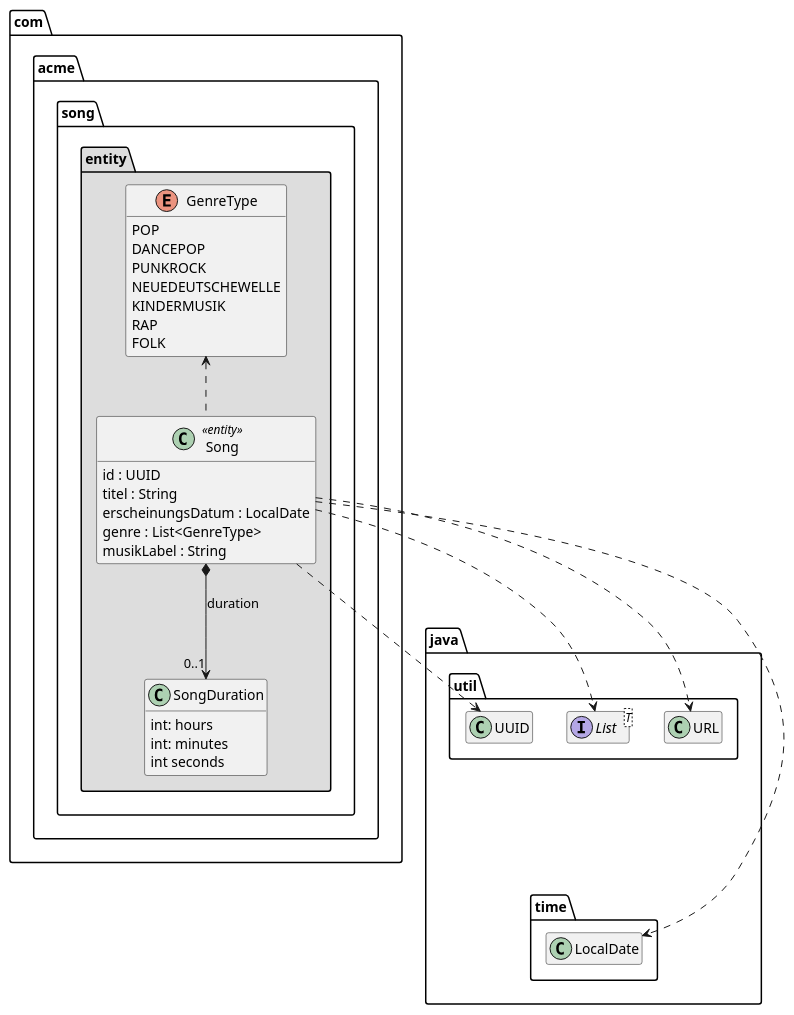
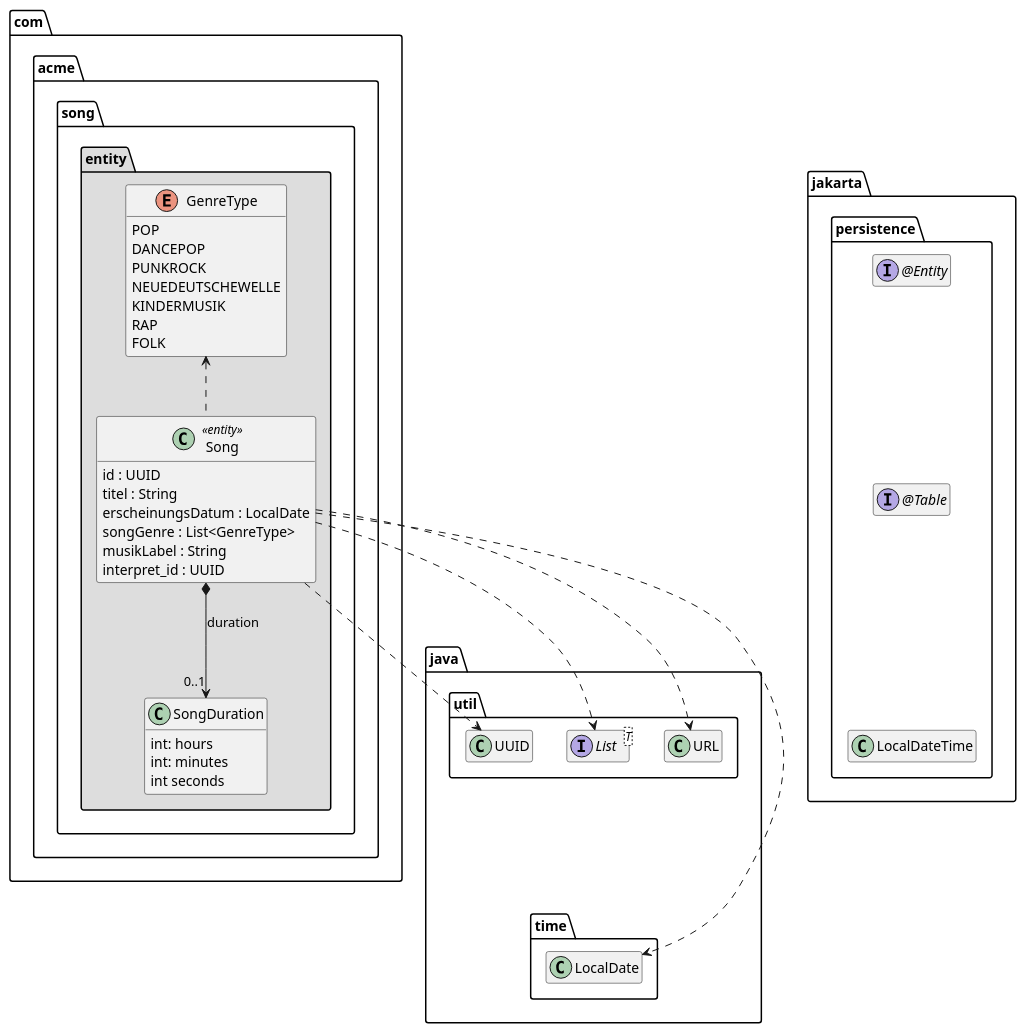
One commit to AntoninFa/Practise changed the diagram in SWA/song-v1/song/extras/doc/Song.plantuml. Above: the diagram before and after it, drawn with PlantUML. The commit also changed 329 other files, not shown here.

```diff
--- a/SWA/song-v1/song/extras/doc/Song.plantuml
+++ b/SWA/song-v1/song/extras/doc/Song.plantuml
@@ -1,45 +1,54 @@
 @startuml Song
 skinparam classAttributeIconSize 0
 package java {
     package util {
         class UUID
         interface List<T>
         class URL
     }
     package time {
         class LocalDate
     }
     UUID .[hidden].> LocalDate
+}
+
+package jakarta.persistence {
+    interface "@Entity" as Entity
+    interface "@Table" as Table
+
+    Entity -[hidden]down-> Table
+    LocalDateTime .up[hidden].> Table
 }
 
 package com.acme.song.entity #DDDDDD {
     class SongDuration {
         int: hours
         int: minutes
         int seconds
     }
     enum GenreType {
         POP
         DANCEPOP
         PUNKROCK
         NEUEDEUTSCHEWELLE
         KINDERMUSIK
         RAP
         FOLK
     }
     class Song << entity >> {
         id : UUID
         titel : String
         erscheinungsDatum : LocalDate
-        genre : List<GenreType>
+        songGenre : List<GenreType>
         musikLabel : String
+        interpret_id : UUID
     }
     Song *--> "0..1" SongDuration : duration
     Song .up.> GenreType
     Song ..> UUID
     Song ..> LocalDate
     Song ..> List
     Song ..> URL
 }
 hide empty members
 @enduml
```
